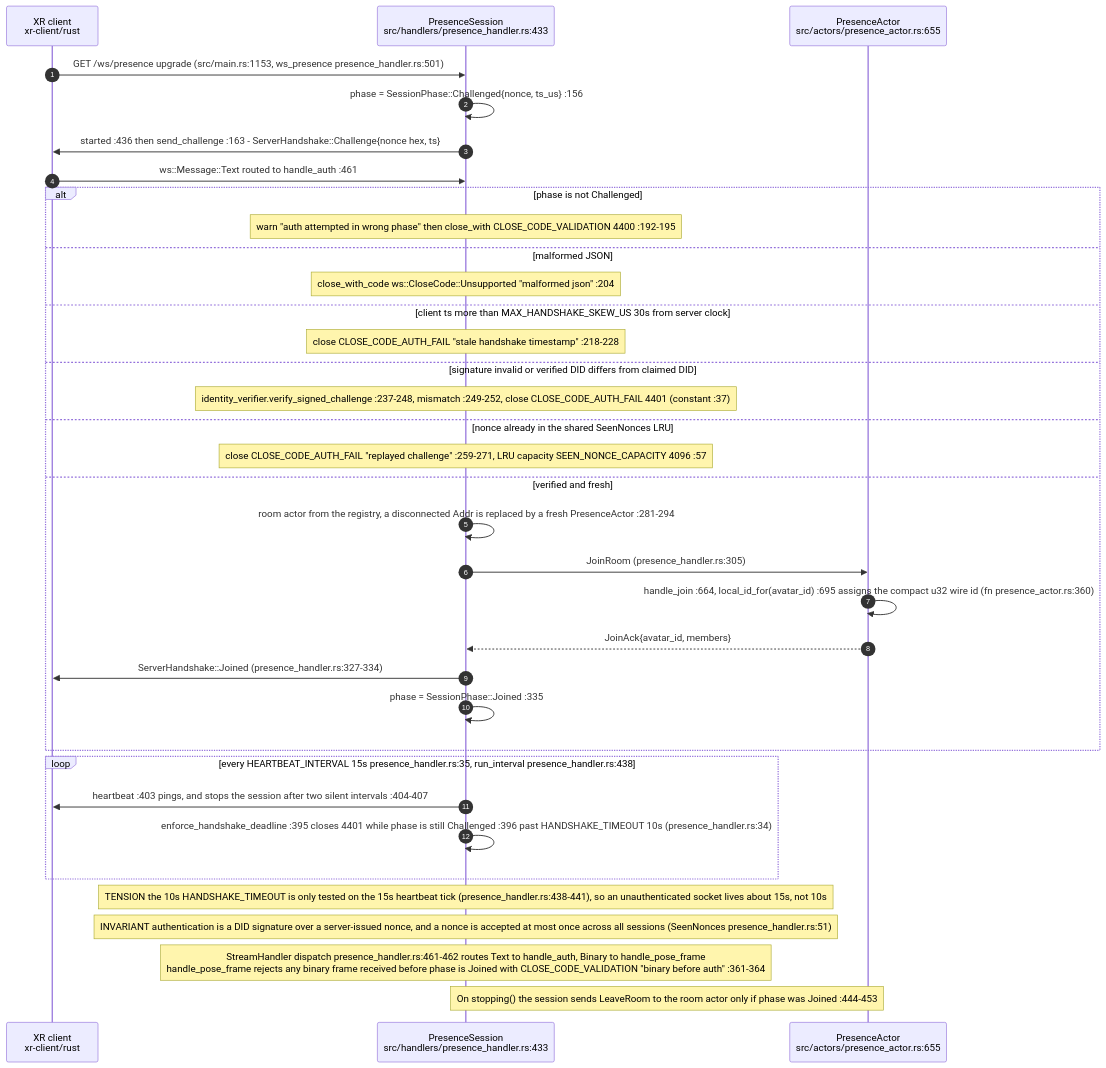
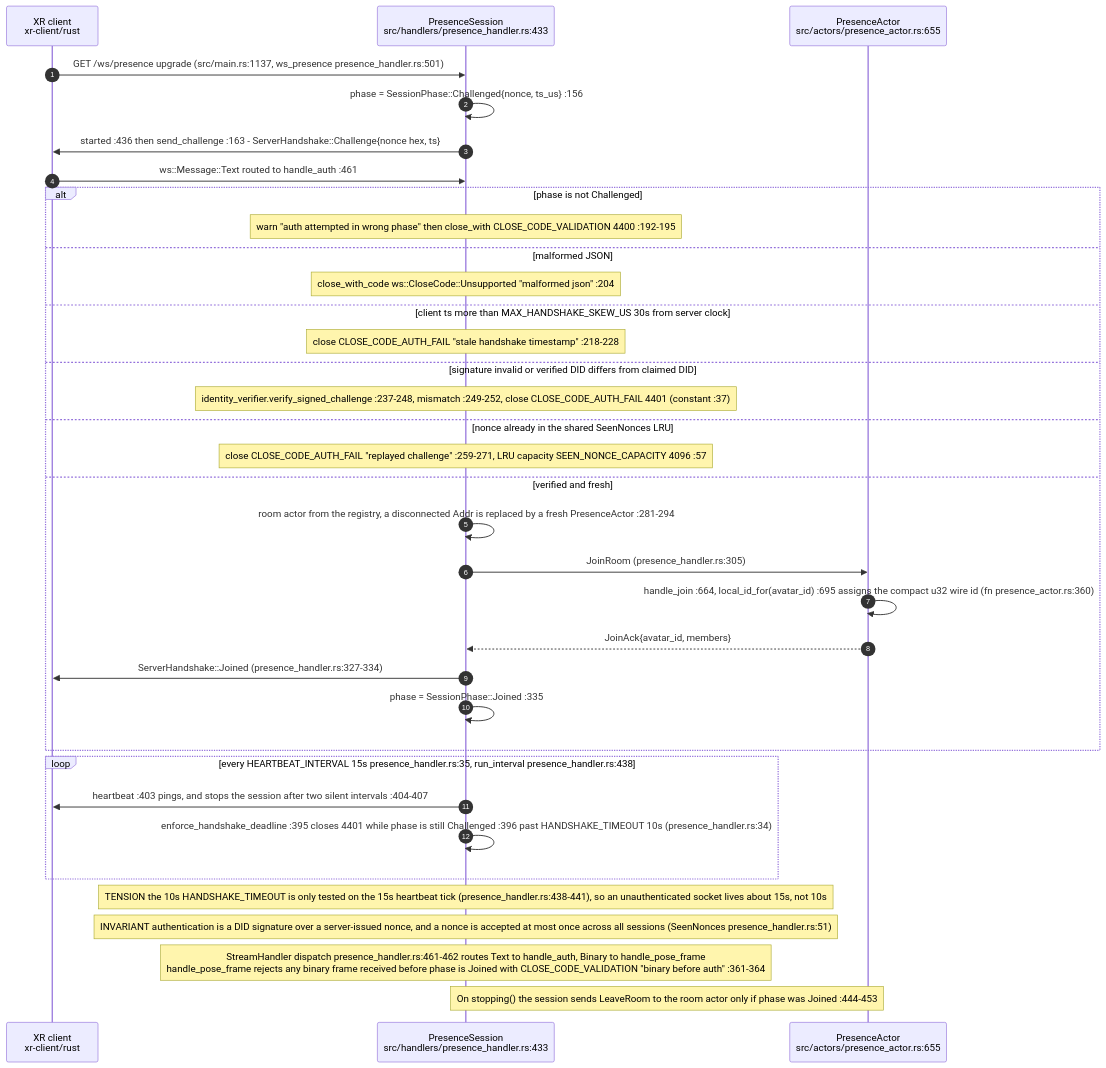
One commit to DreamLab-AI/VisionFlow changed the first of 4 diagrams in docs/diagrams/visionclaw/17-xr-presence-crate.md. Above: the diagram before and after it, drawn with Mermaid. The commit also changed other lines of this file and 7 other files, not shown here.

````diff
--- a/docs/diagrams/visionclaw/17-xr-presence-crate.md
+++ b/docs/diagrams/visionclaw/17-xr-presence-crate.md
@@ -31,38 +31,38 @@
 ```mermaid
 sequenceDiagram
     autonumber
     participant C as XR client<br/>xr-client/rust
     participant PS as PresenceSession<br/>src/handlers/presence_handler.rs:433
     participant PA as PresenceActor<br/>src/actors/presence_actor.rs:655
 
-    C->>PS: GET /ws/presence upgrade (src/main.rs:1153, ws_presence presence_handler.rs:501)
+    C->>PS: GET /ws/presence upgrade (src/main.rs:1137, ws_presence presence_handler.rs:501)
     PS->>PS: phase = SessionPhase::Challenged{nonce, ts_us} :156
     PS->>C: started :436 then send_challenge :163 - ServerHandshake::Challenge{nonce hex, ts}
     C->>PS: ws::Message::Text routed to handle_auth :461
     alt phase is not Challenged
         Note over PS: warn "auth attempted in wrong phase" then close_with CLOSE_CODE_VALIDATION 4400 :192-195
     else malformed JSON
         Note over PS: close_with_code ws::CloseCode::Unsupported "malformed json" :204
     else client ts more than MAX_HANDSHAKE_SKEW_US 30s from server clock
         Note over PS: close CLOSE_CODE_AUTH_FAIL "stale handshake timestamp" :218-228
     else signature invalid or verified DID differs from claimed DID
         Note over PS: identity_verifier.verify_signed_challenge :237-248, mismatch :249-252, close CLOSE_CODE_AUTH_FAIL 4401 (constant :37)
     else nonce already in the shared SeenNonces LRU
         Note over PS: close CLOSE_CODE_AUTH_FAIL "replayed challenge" :259-271, LRU capacity SEEN_NONCE_CAPACITY 4096 :57
     else verified and fresh
         PS->>PS: room actor from the registry, a disconnected Addr is replaced by a fresh PresenceActor :281-294
         PS->>PA: JoinRoom (presence_handler.rs:305)
         PA->>PA: handle_join :664, local_id_for(avatar_id) :695 assigns the compact u32 wire id (fn presence_actor.rs:360)
         PA-->>PS: JoinAck{avatar_id, members}
         PS->>C: ServerHandshake::Joined (presence_handler.rs:327-334)
         PS->>PS: phase = SessionPhase::Joined :335
     end
     loop every HEARTBEAT_INTERVAL 15s presence_handler.rs:35, run_interval presence_handler.rs:438
         PS->>C: heartbeat :403 pings, and stops the session after two silent intervals :404-407
         PS->>PS: enforce_handshake_deadline :395 closes 4401 while phase is still Challenged :396 past HANDSHAKE_TIMEOUT 10s (presence_handler.rs:34)
     end
     Note over PS: TENSION the 10s HANDSHAKE_TIMEOUT is only tested on the 15s heartbeat tick (presence_handler.rs:438-441), so an unauthenticated socket lives about 15s, not 10s
     Note over PS: INVARIANT authentication is a DID signature over a server-issued nonce, and a nonce is accepted at most once across all sessions (SeenNonces presence_handler.rs:51)
     Note over PS: StreamHandler dispatch presence_handler.rs:461-462 routes Text to handle_auth, Binary to handle_pose_frame<br/>handle_pose_frame rejects any binary frame received before phase is Joined with CLOSE_CODE_VALIDATION "binary before auth" :361-364
     Note over PS,PA: On stopping() the session sends LeaveRoom to the room actor only if phase was Joined :444-453
 ```
````
